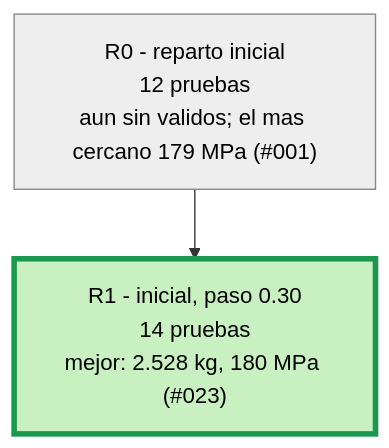
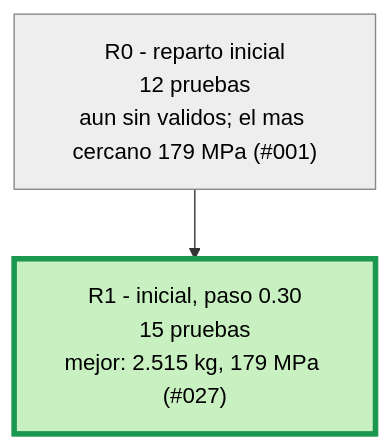
One commit to Hugiko/msd-soporte-optimizacion changed the second of 3 diagrams in runs/opt_37800N/ARBOL.md. Above: the diagram before and after it, drawn with Mermaid. The commit also changed 59 other files, not shown here.

Commit message:
NUEVO MEJOR DISENO: 2.515 kg, 179 MPa (Refuerzo + vaciado 027)

````diff
--- a/runs/opt_37800N/ARBOL.md
+++ b/runs/opt_37800N/ARBOL.md
@@ -21,9 +21,9 @@
 ```mermaid
 graph TD
 classDef activa fill:#d6eaff,stroke:#1f6fb5,color:#000
 classDef fin fill:#eeeeee,stroke:#888,color:#000
 classDef mejor fill:#c8f0c0,stroke:#1a9850,stroke-width:4px,color:#000
 R0["R0 - reparto inicial<br/>12 pruebas<br/>aun sin validos; el mas cercano 179 MPa (#001)"]:::fin
-R1["R1 - inicial, paso 0.30<br/>14 pruebas<br/>mejor: 2.528 kg, 180 MPa (#023)"]:::mejor
+R1["R1 - inicial, paso 0.30<br/>15 pruebas<br/>mejor: 2.515 kg, 179 MPa (#027)"]:::mejor
 R0 --> R1
 ```
````
